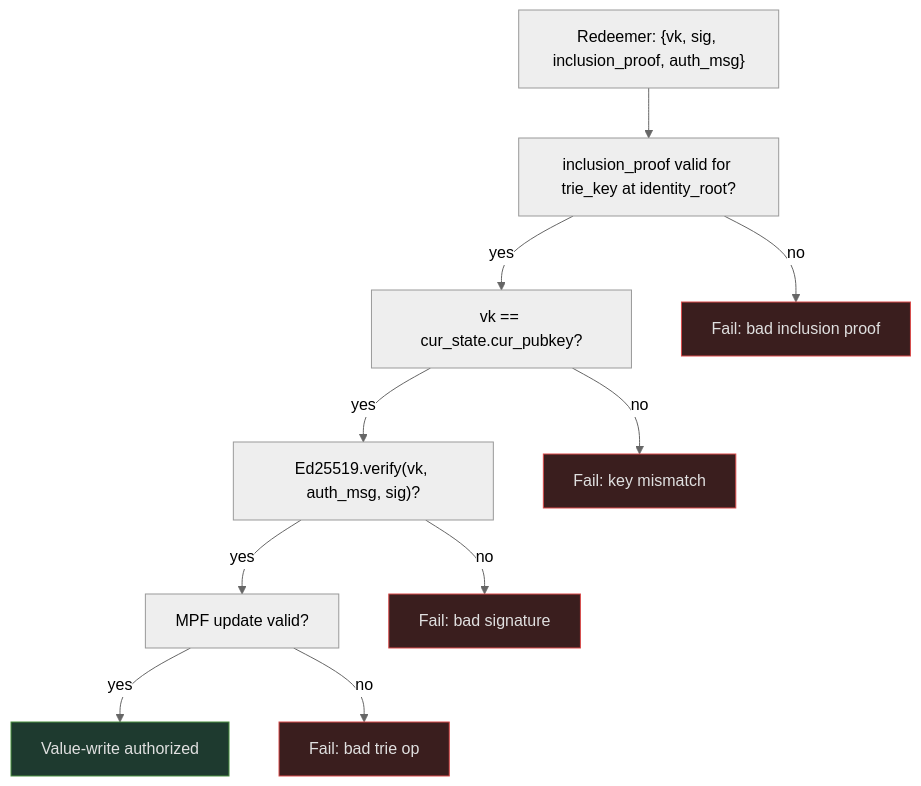
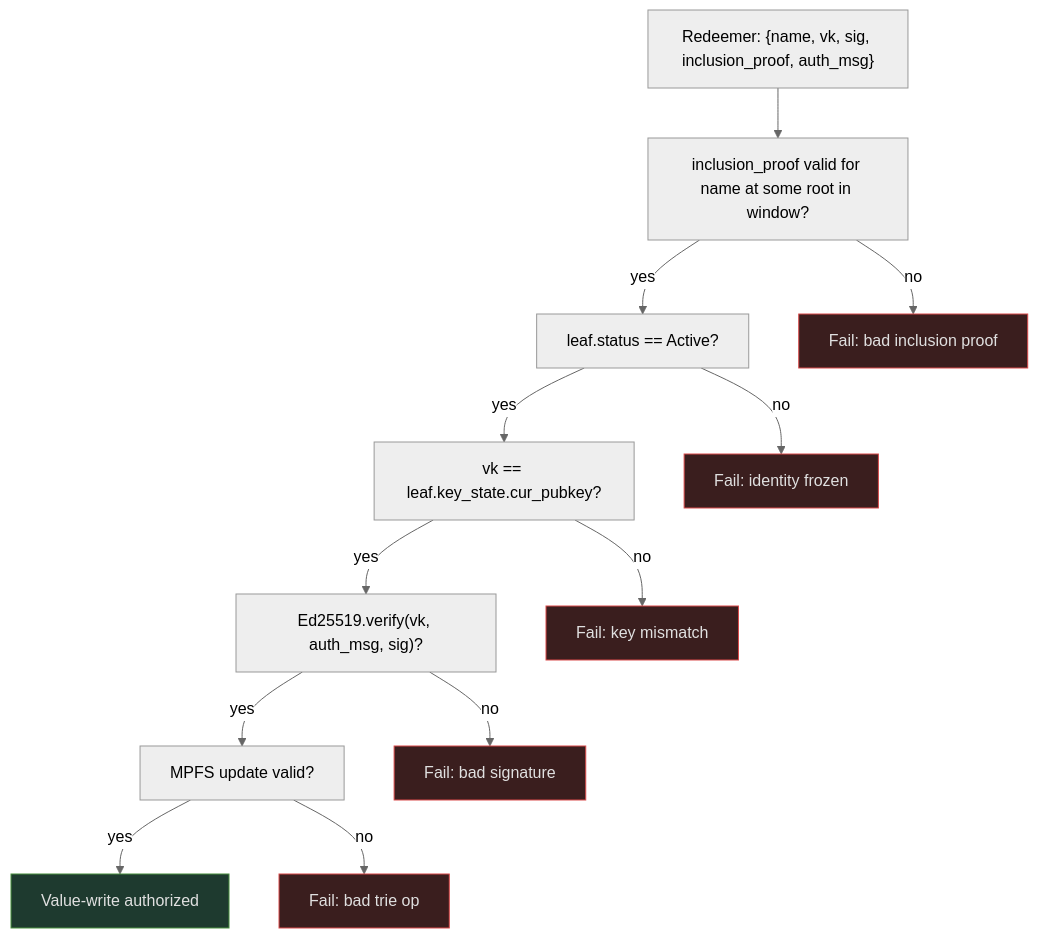
The first of 2 diagrams in docs/architecture/value-auth.md (lambdasistemi/cardano-keri), drawn with Mermaid (neutral theme) before and after one commit. The commit also changed other lines of this file and 3 other files, not shown here.

First line of the commit message:
docs: redesign architecture for oracle-controlled per-company MPFS registry

````diff
--- a/docs/architecture/value-auth.md
+++ b/docs/architecture/value-auth.md
@@ -44,19 +50,22 @@
 ```mermaid
 flowchart TD
-    A["Redeemer: {vk, sig, inclusion_proof, auth_msg}"] --> B
-    B["inclusion_proof valid for trie_key at identity_root?"]
-    B -->|yes| C["vk == cur_state.cur_pubkey?"]
+    A["Redeemer: {name, vk, sig, inclusion_proof, auth_msg}"] --> B
+    B["inclusion_proof valid for name at some root in window?"]
+    B -->|yes| C["leaf.status == Active?"]
     B -->|no| FAIL1["Fail: bad inclusion proof"]
-    C -->|yes| D["Ed25519.verify(vk, auth_msg, sig)?"]
-    C -->|no| FAIL2["Fail: key mismatch"]
-    D -->|yes| E["MPF update valid?"]
-    D -->|no| FAIL3["Fail: bad signature"]
-    E -->|yes| OK["Value-write authorized"]
-    E -->|no| FAIL4["Fail: bad trie op"]
+    C -->|yes| D["vk == leaf.key_state.cur_pubkey?"]
+    C -->|no| FAIL2["Fail: identity frozen"]
+    D -->|yes| E["Ed25519.verify(vk, auth_msg, sig)?"]
+    D -->|no| FAIL3["Fail: key mismatch"]
+    E -->|yes| F["MPFS update valid?"]
+    E -->|no| FAIL4["Fail: bad signature"]
+    F -->|yes| OK["Value-write authorized"]
+    F -->|no| FAIL5["Fail: bad trie op"]
 
     style OK fill:#1e3a2f,stroke:#4a9040,color:#e0e0e0
     style FAIL1 fill:#3a1e1e,stroke:#d94a4a,color:#e0e0e0
     style FAIL2 fill:#3a1e1e,stroke:#d94a4a,color:#e0e0e0
     style FAIL3 fill:#3a1e1e,stroke:#d94a4a,color:#e0e0e0
     style FAIL4 fill:#3a1e1e,stroke:#d94a4a,color:#e0e0e0
+    style FAIL5 fill:#3a1e1e,stroke:#d94a4a,color:#e0e0e0
 ```
````
